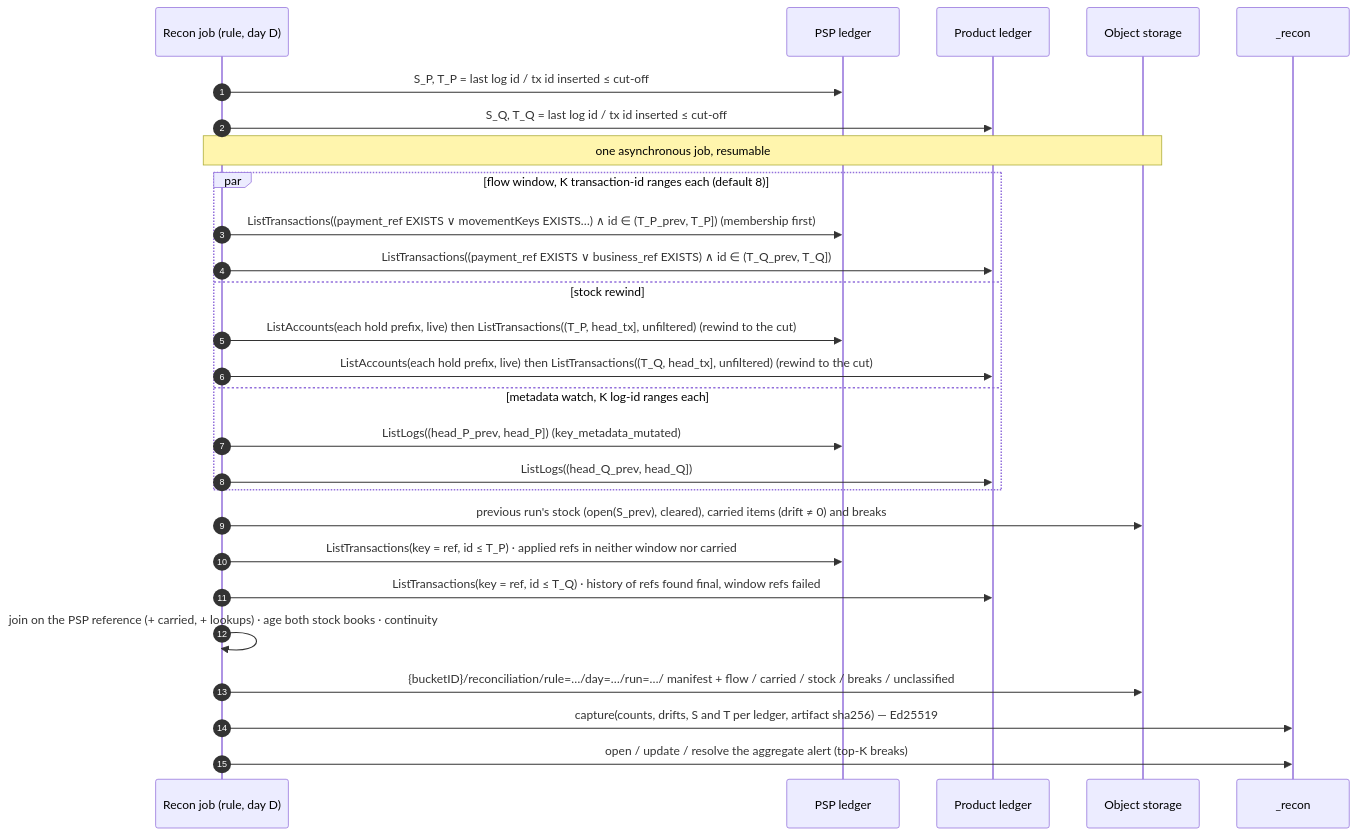
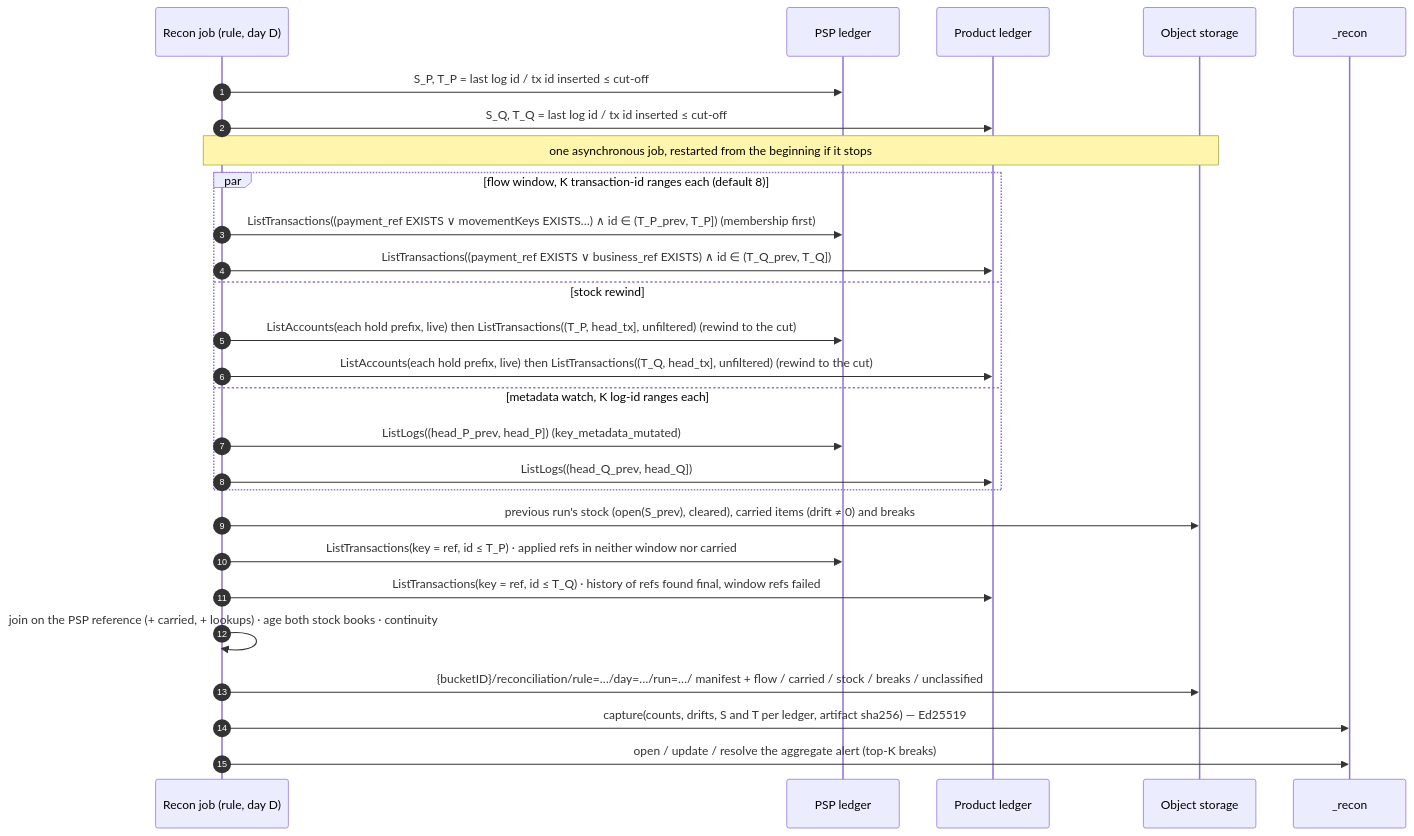
Before and after one commit to formancehq/reconciliation: the second of 2 diagrams in docs/technical/transaction-level-reconciliation.md, drawn with Mermaid. The commit also changed 2 other files, not shown here.

Commit message:
docs(recon): restart an unfinished run from the beginning instead of resuming it (ADR-005 §7)
"Resumable" asked the job to record its progress (ranges read, a partial
join, files half written) and pick up from there after a crash: a
persisted intermediate state with its own consistency and tests, for a
run that takes minutes.

What a crash needs is already there: the writes follow a fixed order
(files, manifest, capture, alert), so a job that stops before the
capture leaves no complete run and the day's current run is unchanged;
and a run that did not finish is started again from the beginning, with
a new runId, when the process restarts or at the next tick. The same cut
gives the same result.

- ADR §7 item 2 and §11; design doc sequence note.
- Feature inventory: B16 recorded.

````diff
--- a/docs/technical/transaction-level-reconciliation.md
+++ b/docs/technical/transaction-level-reconciliation.md
@@ -230,30 +230,30 @@
 ```mermaid
 sequenceDiagram
     autonumber
     participant J as Recon job (rule, day D)
     participant P as PSP ledger
     participant Q as Product ledger
     participant O as Object storage
     participant C as _recon
 
     J->>P: S_P, T_P = last log id / tx id inserted ≤ cut-off
     J->>Q: S_Q, T_Q = last log id / tx id inserted ≤ cut-off
-    Note over J,O: one asynchronous job, resumable
+    Note over J,O: one asynchronous job, restarted from the beginning if it stops
     par flow window, K transaction-id ranges each (default 8)
         J->>P: ListTransactions((payment_ref EXISTS ∨ movementKeys EXISTS…) ∧ id ∈ (T_P_prev, T_P])  (membership first)
         J->>Q: ListTransactions((payment_ref EXISTS ∨ business_ref EXISTS) ∧ id ∈ (T_Q_prev, T_Q])
     and stock rewind
         J->>P: ListAccounts(each hold prefix, live) then ListTransactions((T_P, head_tx], unfiltered) (rewind to the cut)
         J->>Q: ListAccounts(each hold prefix, live) then ListTransactions((T_Q, head_tx], unfiltered) (rewind to the cut)
     and metadata watch, K log-id ranges each
         J->>P: ListLogs((head_P_prev, head_P])  (key_metadata_mutated)
         J->>Q: ListLogs((head_Q_prev, head_Q])
     end
     J->>O: previous run's stock (open(S_prev), cleared), carried items (drift ≠ 0) and breaks
     J->>P: ListTransactions(key = ref, id ≤ T_P) · applied refs in neither window nor carried
     J->>Q: ListTransactions(key = ref, id ≤ T_Q) · history of refs found final, window refs failed
     J->>J: join on the PSP reference (+ carried, + lookups) · age both stock books · continuity
     J->>O: {bucketID}/reconciliation/rule=…/day=…/run=…/ manifest + flow / carried / stock / breaks / unclassified
     J->>C: capture(counts, drifts, S and T per ledger, artifact sha256) — Ed25519
     J->>C: open / update / resolve the aggregate alert (top-K breaks)
 ```
````
